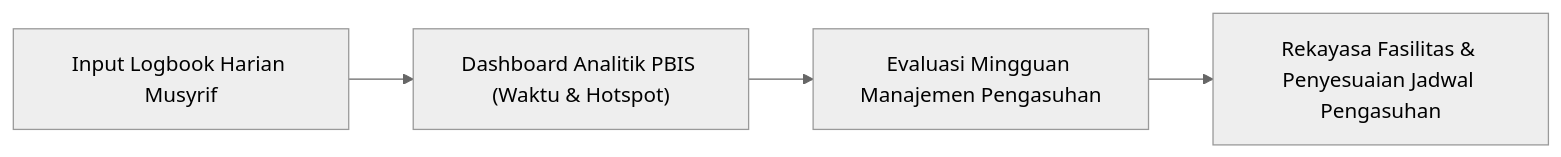
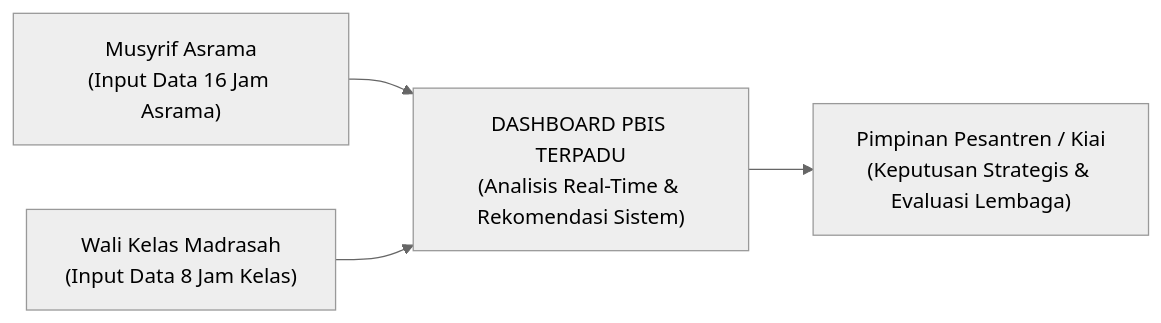
Before and after one commit to wandiapriliyandi/tumbuh: the second of 2 diagrams in BOOK-SERIES/Volume-01/Bab-06-Triad-Pertumbuhan-Simbiotik-dan-Kontinuum-10-Tahap/03-Sistem-Lembaga-Bertumbuh-Berbasis-Data.md, drawn with Mermaid (neutral theme). The commit also changed other lines of this file and 5 other files, not shown here.

````diff
--- a/BOOK-SERIES/Volume-01/Bab-06-Triad-Pertumbuhan-Simbiotik-dan-Kontinuum-10-Tahap/03-Sistem-Lembaga-Bertumbuh-Berbasis-Data.md
+++ b/BOOK-SERIES/Volume-01/Bab-06-Triad-Pertumbuhan-Simbiotik-dan-Kontinuum-10-Tahap/03-Sistem-Lembaga-Bertumbuh-Berbasis-Data.md
@@ -16,6 +51,6 @@
 ```mermaid
 graph LR
-    InputData["Input Logbook Harian Musyrif"] --> Dashboard["Dashboard Analitik PBIS (Waktu & Hotspot)"]
-    Dashboard --> Evaluasi["Evaluasi Mingguan Manajemen Pengasuhan"]
-    Evaluasi --> Rekayasa["Rekayasa Fasilitas & Penyesuaian Jadwal Pengasuhan"]
+    Musyrif["Musyrif Asrama<br/>(Input Data 16 Jam Asrama)"] --> Dashboard["DASHBOARD PBIS TERPADU<br/>(Analisis Real-Time & Rekomendasi Sistem)"]
+    Walas["Wali Kelas Madrasah<br/>(Input Data 8 Jam Kelas)"] --> Dashboard
+    Dashboard --> Pimpinan["Pimpinan Pesantren / Kiai<br/>(Keputusan Strategis & Evaluasi Lembaga)"]
 ```
````
